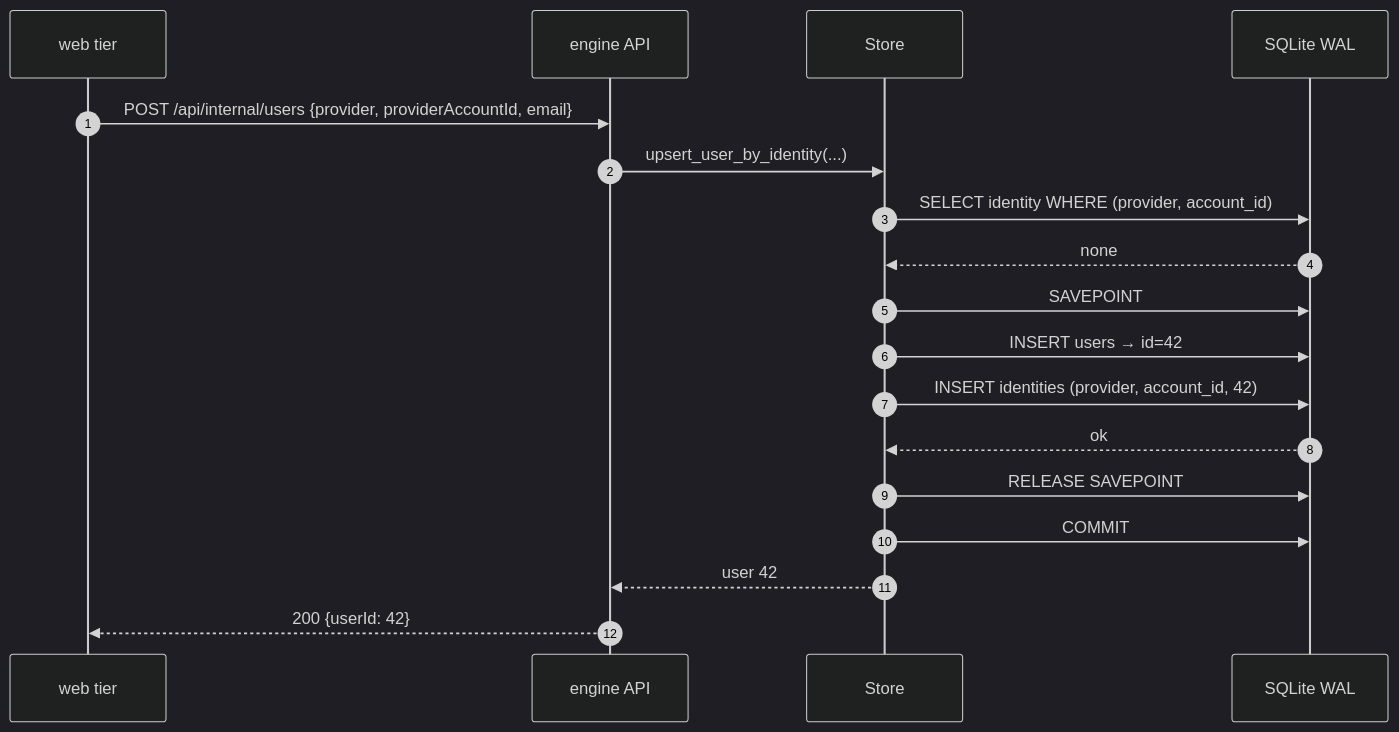
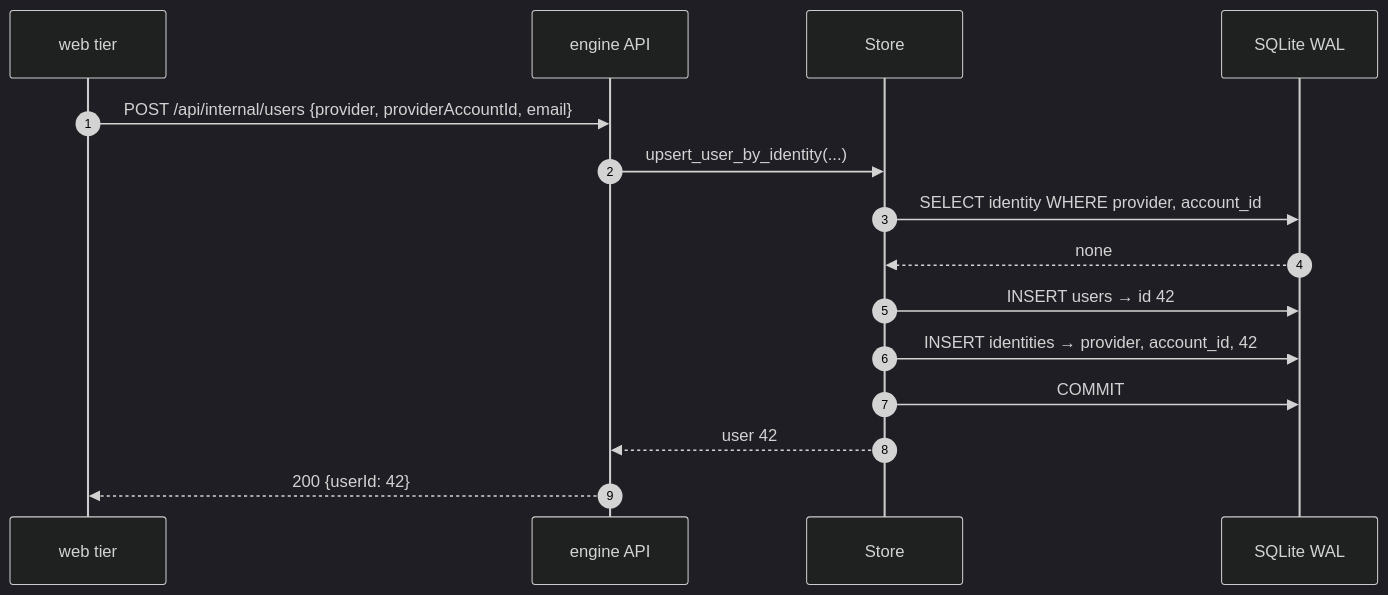
One commit to greenwichg/random_walks_with_erasure changed the first of 3 diagrams in docs/IDENTITY_UPSERT_CONCURRENCY.md. Above: the diagram before and after it, drawn with Mermaid (dark theme). The commit also changed other lines of this file and 1 other file, not shown here.

````diff
--- a/docs/IDENTITY_UPSERT_CONCURRENCY.md
+++ b/docs/IDENTITY_UPSERT_CONCURRENCY.md
@@ -179,21 +199,18 @@
 ```mermaid
 sequenceDiagram
     autonumber
     participant W as web tier
     participant A as engine API
     participant S as Store
     participant DB as SQLite WAL
 
     W->>A: POST /api/internal/users {provider, providerAccountId, email}
     A->>S: upsert_user_by_identity(...)
-    S->>DB: SELECT identity WHERE (provider, account_id)
+    S->>DB: SELECT identity WHERE provider, account_id
     DB-->>S: none
-    S->>DB: SAVEPOINT
-    S->>DB: INSERT users → id=42
-    S->>DB: INSERT identities (provider, account_id, 42)
-    DB-->>S: ok
-    S->>DB: RELEASE SAVEPOINT
+    S->>DB: INSERT users → id 42
+    S->>DB: INSERT identities → provider, account_id, 42
     S->>DB: COMMIT
     S-->>A: user 42
     A-->>W: 200 {userId: 42}
 ```
````
